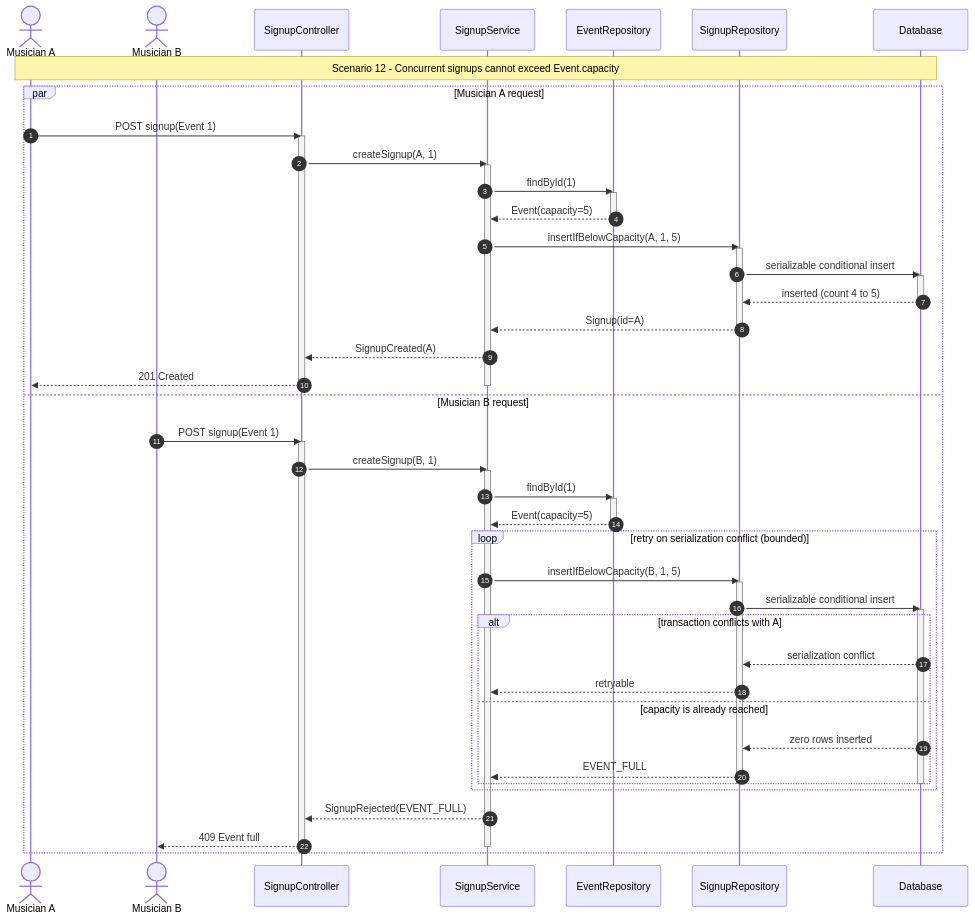
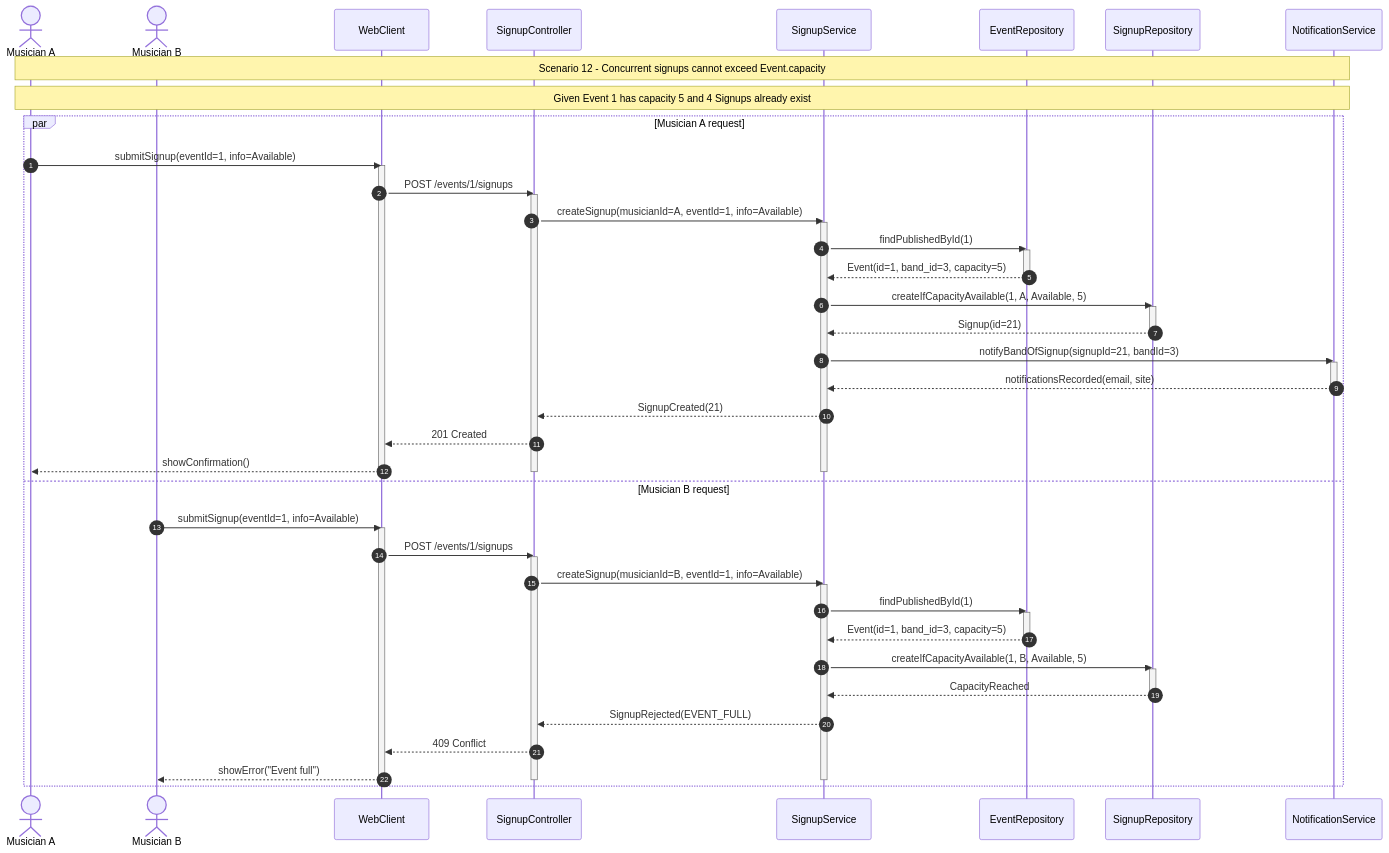
One commit to therealsunfl0wer/SMRA-labs changed the diagram in 3-sequence/diagrams/scenario-12-concurrent-signups-capacity.mmd. Above: the diagram before and after it, drawn with Mermaid.

Commit message:
ai: remove database-specific assumptions from concurrency sequence

```diff
--- a/3-sequence/diagrams/scenario-12-concurrent-signups-capacity.mmd
+++ b/3-sequence/diagrams/scenario-12-concurrent-signups-capacity.mmd
@@ -1,60 +1,59 @@
 sequenceDiagram
     autonumber
     actor MA as Musician A
     actor MB as Musician B
+    participant UI as WebClient
     participant API as SignupController
     participant SS as SignupService
     participant ER as EventRepository
     participant SR as SignupRepository
-    participant DB as Database
-    Note over MA,DB: Scenario 12 - Concurrent signups cannot exceed Event.capacity
+    participant NS as NotificationService
+    Note over MA,NS: Scenario 12 - Concurrent signups cannot exceed Event.capacity
+    Note over MA,NS: Given Event 1 has capacity 5 and 4 Signups already exist
     par Musician A request
-        MA->>API: POST signup(Event 1)
+        MA->>UI: submitSignup(eventId=1, info=Available)
+        activate UI
+        UI->>API: POST /events/1/signups
         activate API
-        API->>SS: createSignup(A, 1)
+        API->>SS: createSignup(musicianId=A, eventId=1, info=Available)
         activate SS
-        SS->>ER: findById(1)
+        SS->>ER: findPublishedById(1)
         activate ER
-        ER-->>SS: Event(capacity=5)
+        ER-->>SS: Event(id=1, band_id=3, capacity=5)
         deactivate ER
-        SS->>SR: insertIfBelowCapacity(A, 1, 5)
+        SS->>SR: createIfCapacityAvailable(1, A, Available, 5)
         activate SR
-        SR->>DB: serializable conditional insert
-        activate DB
-        DB-->>SR: inserted (count 4 to 5)
-        deactivate DB
-        SR-->>SS: Signup(id=A)
+        SR-->>SS: Signup(id=21)
         deactivate SR
-        SS-->>API: SignupCreated(A)
-        API-->>MA: 201 Created
+        SS->>NS: notifyBandOfSignup(signupId=21, bandId=3)
+        activate NS
+        NS-->>SS: notificationsRecorded(email, site)
+        deactivate NS
+        SS-->>API: SignupCreated(21)
+        API-->>UI: 201 Created
+        UI-->>MA: showConfirmation()
         deactivate SS
         deactivate API
+        deactivate UI
     and Musician B request
-        MB->>API: POST signup(Event 1)
+        MB->>UI: submitSignup(eventId=1, info=Available)
+        activate UI
+        UI->>API: POST /events/1/signups
         activate API
-        API->>SS: createSignup(B, 1)
+        API->>SS: createSignup(musicianId=B, eventId=1, info=Available)
         activate SS
-        SS->>ER: findById(1)
+        SS->>ER: findPublishedById(1)
         activate ER
-        ER-->>SS: Event(capacity=5)
+        ER-->>SS: Event(id=1, band_id=3, capacity=5)
         deactivate ER
-        loop retry on serialization conflict (bounded)
-            SS->>SR: insertIfBelowCapacity(B, 1, 5)
-            activate SR
-            SR->>DB: serializable conditional insert
-            activate DB
-            alt transaction conflicts with A
-                DB-->>SR: serialization conflict
-                SR-->>SS: retryable
-            else capacity is already reached
-                DB-->>SR: zero rows inserted
-                SR-->>SS: EVENT_FULL
-            end
-            deactivate DB
-            deactivate SR
-        end
+        SS->>SR: createIfCapacityAvailable(1, B, Available, 5)
+        activate SR
+        SR-->>SS: CapacityReached
+        deactivate SR
         SS-->>API: SignupRejected(EVENT_FULL)
-        API-->>MB: 409 Event full
+        API-->>UI: 409 Conflict
+        UI-->>MB: showError("Event full")
         deactivate SS
         deactivate API
+        deactivate UI
     end
```
